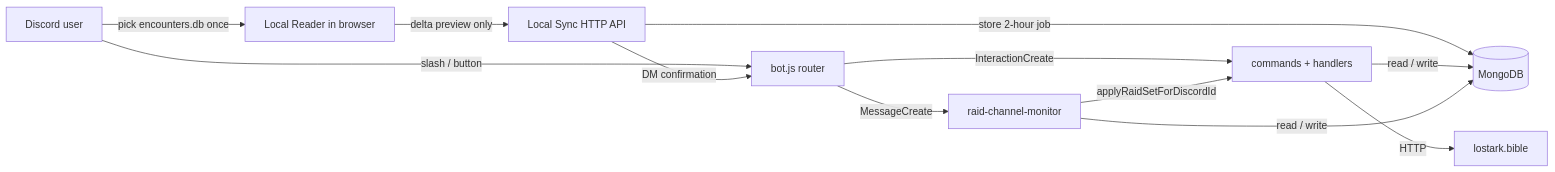
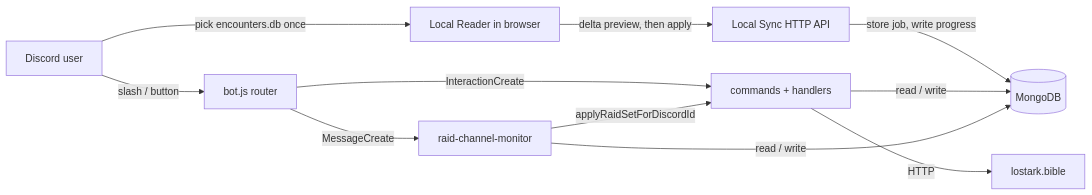
One commit to dreamsofdolls/lostarkbotmanageraid changed the second of 2 diagrams in README.md. Above: the diagram before and after it, drawn with Mermaid. The commit also changed other lines of this file and 38 other files, not shown here.

First line of the commit message:
feat(local-sync): sync from the Local Reader page

````diff
--- a/README.md
+++ b/README.md
@@ -399,14 +399,13 @@
 ```mermaid
 flowchart LR
   U[Discord user] -->|slash / button| B[bot.js router]
   U -->|pick encounters.db once| LR[Local Reader in browser]
-  LR -->|delta preview only| API[Local Sync HTTP API]
-  API -->|store 2-hour job| DB
-  API -->|DM confirmation| B
+  LR -->|delta preview, then apply| API[Local Sync HTTP API]
+  API -->|store job, write progress| DB
   B -->|InteractionCreate| RC[commands + handlers]
   B -->|MessageCreate| RM[raid-channel-monitor]
   RC -->|read / write| DB[(MongoDB)]
   RM -->|read / write| DB
   RC -->|HTTP| BIB[lostark.bible]
   RM -->|applyRaidSetForDiscordId| RC
 ```
````
